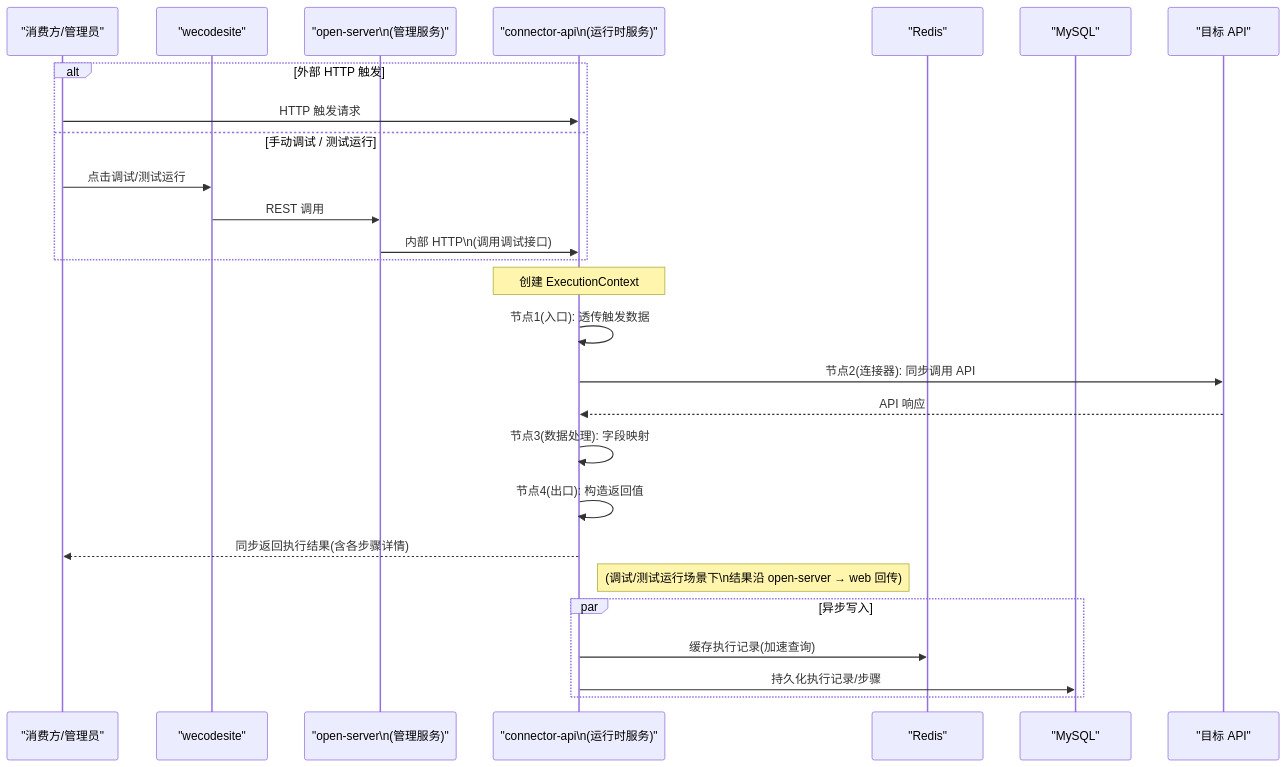
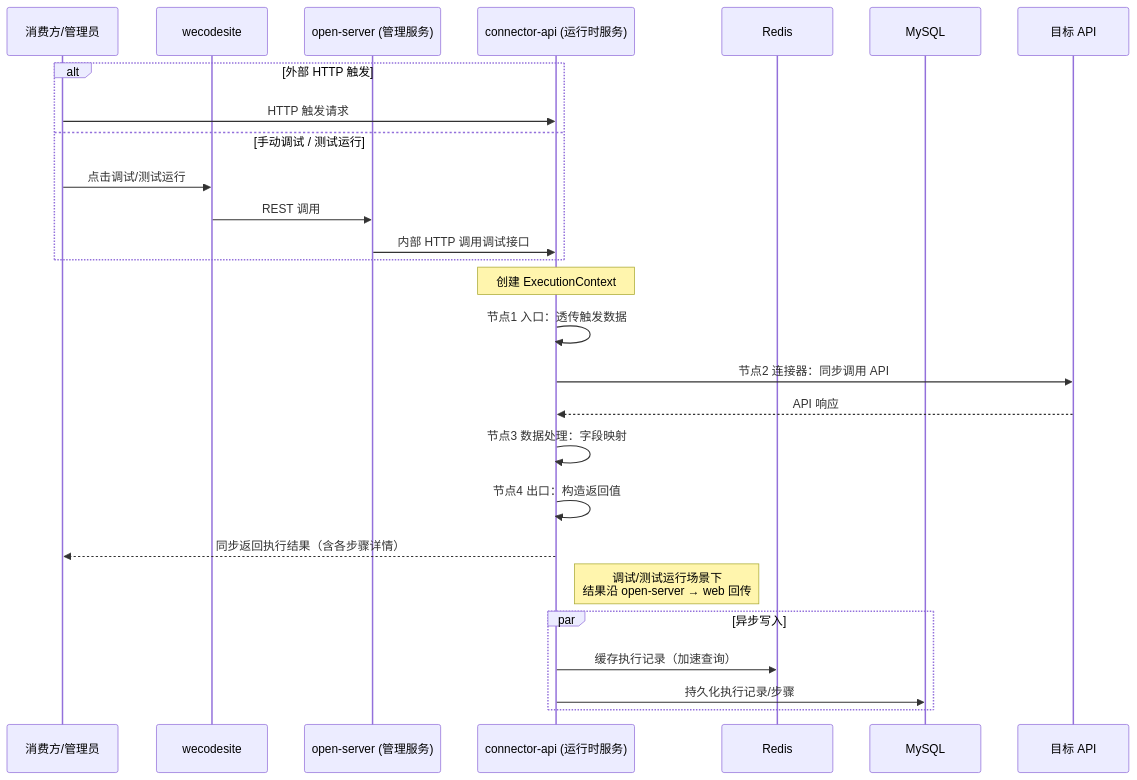
One commit to THZSummer/open-app changed the fourth of 5 diagrams in .sddu/specs-tree-root/specs-tree-connector-platform/plan.md. Above: the diagram before and after it, drawn with Mermaid. The commit also changed other lines of this file, not shown here.

First line of the commit message:
fix(plan): 修复 plan.md 中 mermaid 图在 GitHub 无法渲染的问题

````diff
--- a/.sddu/specs-tree-root/specs-tree-connector-platform/plan.md
+++ b/.sddu/specs-tree-root/specs-tree-connector-platform/plan.md
@@ -308,37 +310,37 @@
 ```mermaid
 sequenceDiagram
-    participant Client as "消费方/管理员"
-    participant Web as "wecodesite"
-    participant OpenSvr as "open-server\n(管理服务)"
-    participant ConnApi as "connector-api\n(运行时服务)"
-    participant Redis as "Redis"
-    participant MySQL as "MySQL"
-    participant Target as "目标 API"
+    participant Client as 消费方/管理员
+    participant Web as wecodesite
+    participant OpenSvr as open-server (管理服务)
+    participant ConnApi as connector-api (运行时服务)
+    participant Redis as Redis
+    participant MySQL as MySQL
+    participant Target as 目标 API
 
     alt 外部 HTTP 触发
         Client->>ConnApi: HTTP 触发请求
     else 手动调试 / 测试运行
         Client->>Web: 点击调试/测试运行
         Web->>OpenSvr: REST 调用
-        OpenSvr->>ConnApi: 内部 HTTP\n(调用调试接口)
+        OpenSvr->>ConnApi: 内部 HTTP 调用调试接口
     end
-    
+
     Note over ConnApi: 创建 ExecutionContext
-    
-    ConnApi->>ConnApi: 节点1(入口): 透传触发数据
-    
-    ConnApi->>Target: 节点2(连接器): 同步调用 API
+
+    ConnApi->>ConnApi: 节点1 入口：透传触发数据
+
+    ConnApi->>Target: 节点2 连接器：同步调用 API
     Target-->>ConnApi: API 响应
-    
-    ConnApi->>ConnApi: 节点3(数据处理): 字段映射
-    
-    ConnApi->>ConnApi: 节点4(出口): 构造返回值
-    
-    ConnApi-->>Client: 同步返回执行结果(含各步骤详情)
-    Note right of ConnApi: (调试/测试运行场景下\n结果沿 open-server → web 回传)
-    
+
+    ConnApi->>ConnApi: 节点3 数据处理：字段映射
+
+    ConnApi->>ConnApi: 节点4 出口：构造返回值
+
+    ConnApi-->>Client: 同步返回执行结果（含各步骤详情）
+    Note right of ConnApi: 调试/测试运行场景下<br/>结果沿 open-server → web 回传
+
     par 异步写入
-        ConnApi->>Redis: 缓存执行记录(加速查询)
+        ConnApi->>Redis: 缓存执行记录（加速查询）
         ConnApi->>MySQL: 持久化执行记录/步骤
     end
 ```
````
